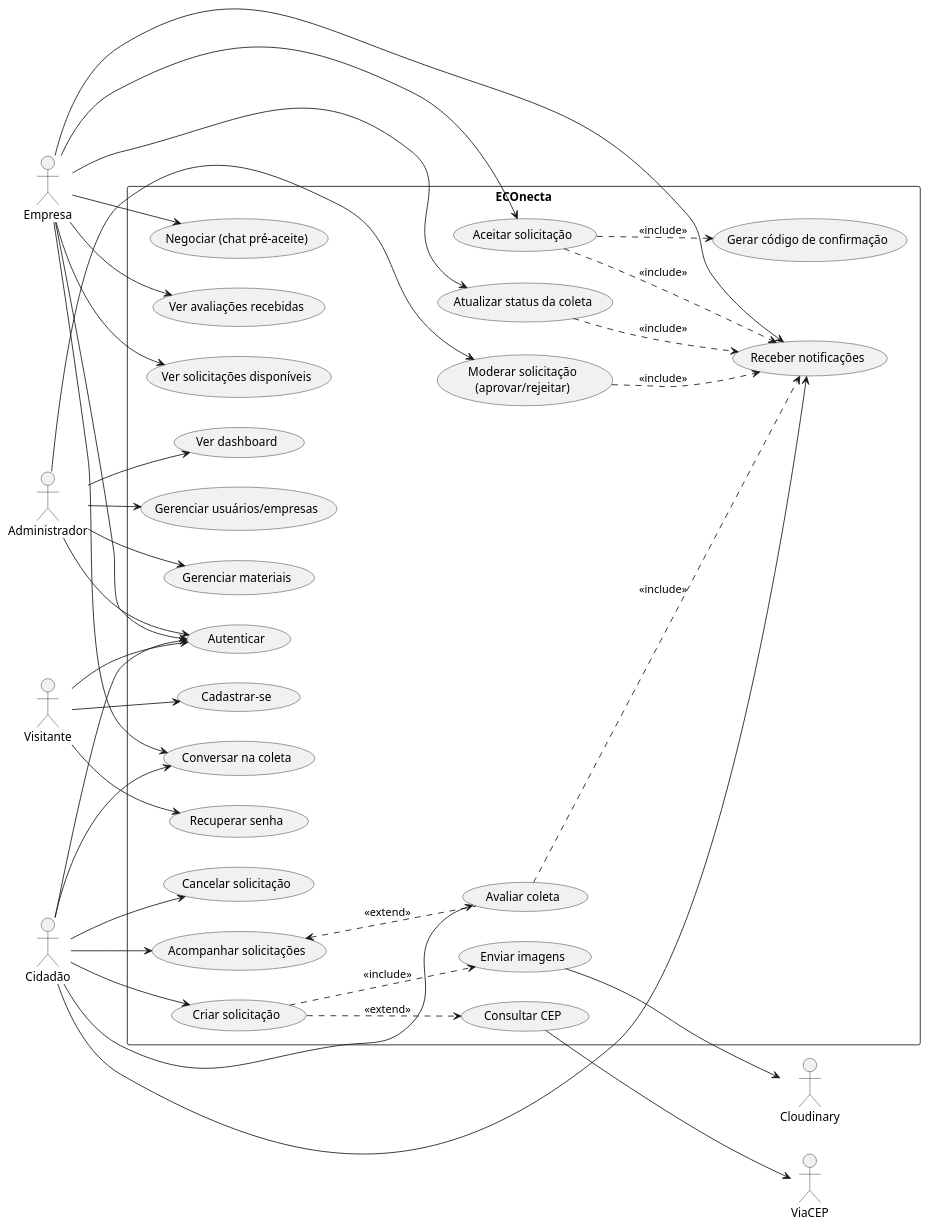
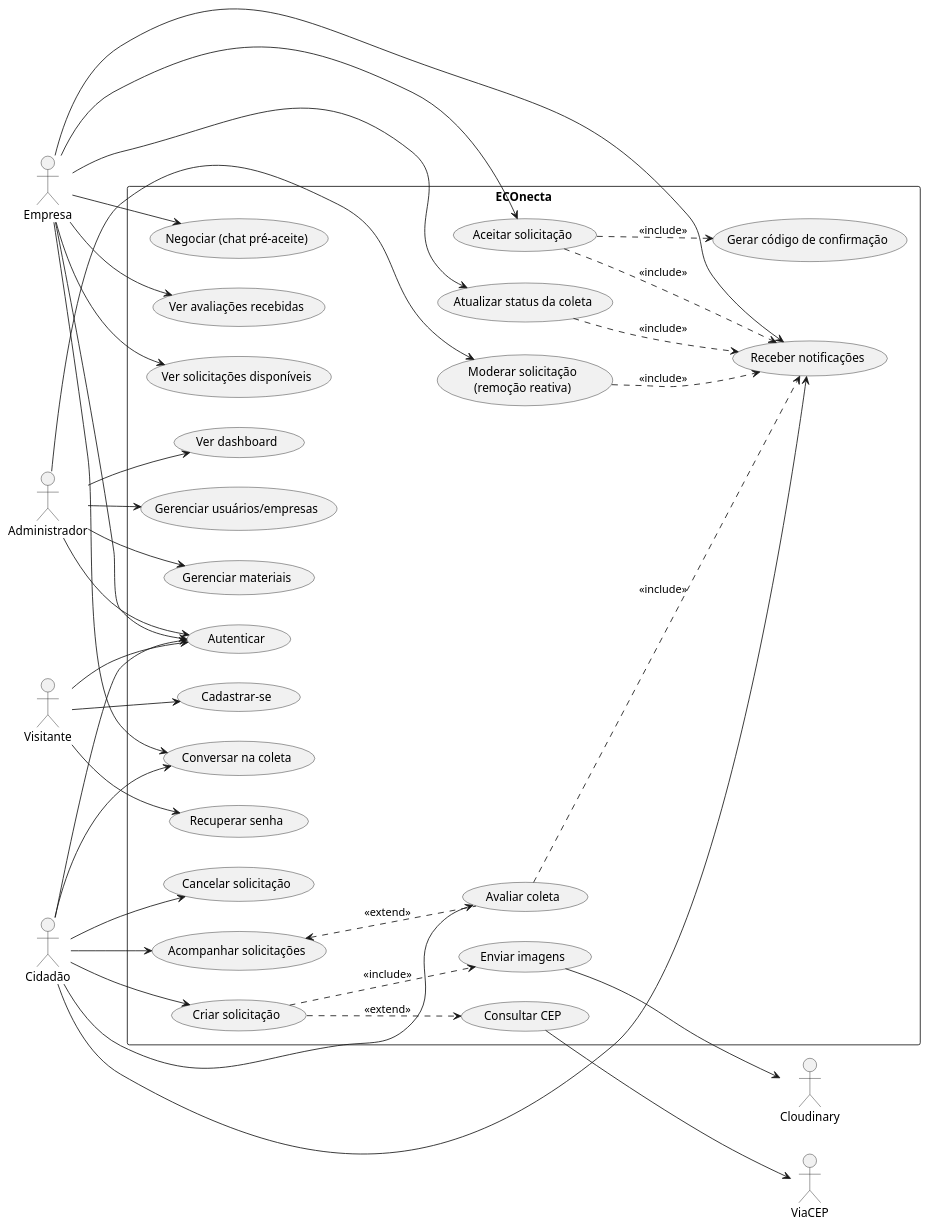
One commit to lononeiro/olx-ecologico changed the first of 21 diagrams in docs/uml/documentacao-uml-completa.md. Above: the diagram before and after it, drawn with PlantUML. The commit also changed other lines of this file and 53 other files, not shown here.

First line of the commit message:
docs(uml): revisao dos diagramas e sincronizacao docs/ com uml/

````diff
--- a/docs/uml/documentacao-uml-completa.md
+++ b/docs/uml/documentacao-uml-completa.md
@@ -328,80 +328,80 @@
 ```plantuml
 @startuml casos-de-uso-econecta
 left to right direction
 skinparam packageStyle rectangle
 
 actor "Visitante" as V
 actor "Cidadão" as C
 actor "Empresa" as E
 actor "Administrador" as A
 actor "Cloudinary" as CL
 actor "ViaCEP" as CEP
 
 rectangle "ECOnecta" {
   usecase "Cadastrar-se" as UC1
   usecase "Autenticar" as UC2
   usecase "Recuperar senha" as UC3
 
   usecase "Criar solicitação" as UC10
   usecase "Enviar imagens" as UC11
   usecase "Consultar CEP" as UC12
   usecase "Acompanhar solicitações" as UC13
   usecase "Cancelar solicitação" as UC14
   usecase "Avaliar coleta" as UC15
 
-  usecase "Moderar solicitação\n(aprovar/rejeitar)" as UC20
+  usecase "Moderar solicitação\n(remoção reativa)" as UC20
   usecase "Gerenciar usuários/empresas" as UC21
   usecase "Gerenciar materiais" as UC22
   usecase "Ver dashboard" as UC23
 
   usecase "Ver solicitações disponíveis" as UC30
   usecase "Negociar (chat pré-aceite)" as UC31
   usecase "Aceitar solicitação" as UC32
   usecase "Gerar código de confirmação" as UC33
   usecase "Atualizar status da coleta" as UC34
   usecase "Ver avaliações recebidas" as UC35
 
   usecase "Conversar na coleta" as UC40
   usecase "Receber notificações" as UC41
 }
 
 V --> UC1
 V --> UC2
 V --> UC3
 
 C --> UC2
 C --> UC10
 C --> UC13
 C --> UC14
 C --> UC15
 C --> UC40
 C --> UC41
 
 E --> UC2
 E --> UC30
 E --> UC31
 E --> UC32
 E --> UC34
 E --> UC35
 E --> UC40
 E --> UC41
 
 A --> UC2
 A --> UC20
 A --> UC21
 A --> UC22
 A --> UC23
 
 UC10 ..> UC11 : <<include>>
 UC10 ..> UC12 : <<extend>>
 UC32 ..> UC33 : <<include>>
 UC32 ..> UC41 : <<include>>
 UC20 ..> UC41 : <<include>>
 UC34 ..> UC41 : <<include>>
 UC15 ..> UC41 : <<include>>
 UC13 <.. UC15 : <<extend>>
 
 UC11 --> CL
 UC12 --> CEP
 @enduml
 ```
````
